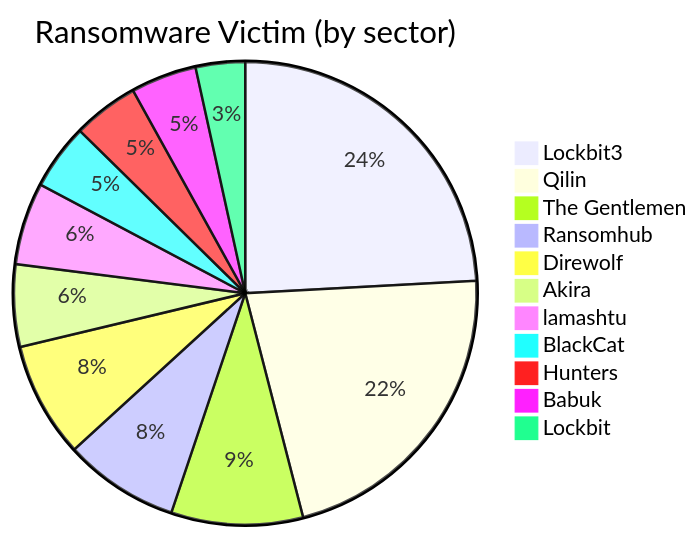
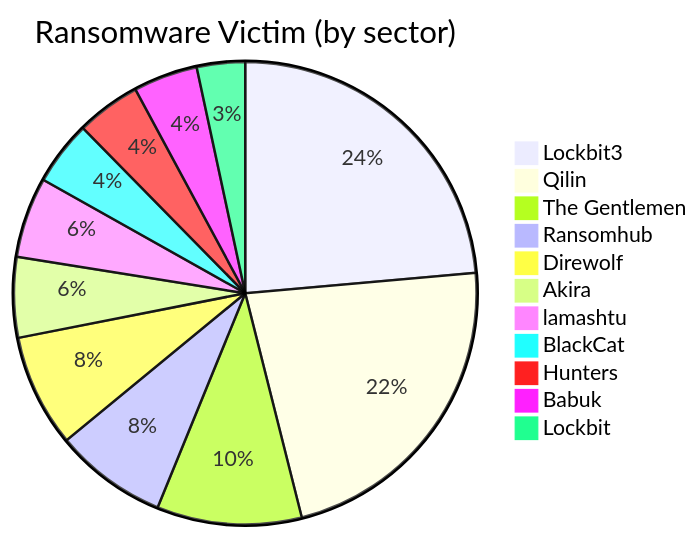
Before and after one commit to rectifyq/site: the third of 4 diagrams in content/MY Threat Landscape/ransomware.md, drawn with Mermaid. The commit also changed other lines of this file and 251 other files, not shown here.

````diff
--- a/content/MY Threat Landscape/ransomware.md
+++ b/content/MY Threat Landscape/ransomware.md
@@ -163,14 +165,14 @@
 ```mermaid
 pie title Ransomware Victim (by sector)
     "Lockbit3" : 21
-    "Qilin" : 19
-    "The Gentlemen" : 8
+    "Qilin" : 20
+    "The Gentlemen" : 9
     "Ransomhub" : 7
     "Direwolf" : 7
     "Akira" : 5
     "lamashtu" : 5
     "BlackCat" : 4
     "Hunters" : 4
     "Babuk" : 4
     "Lockbit" : 3
 ```
````
